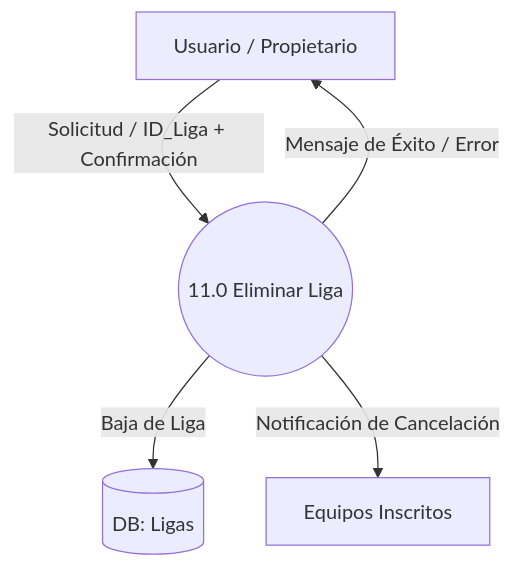
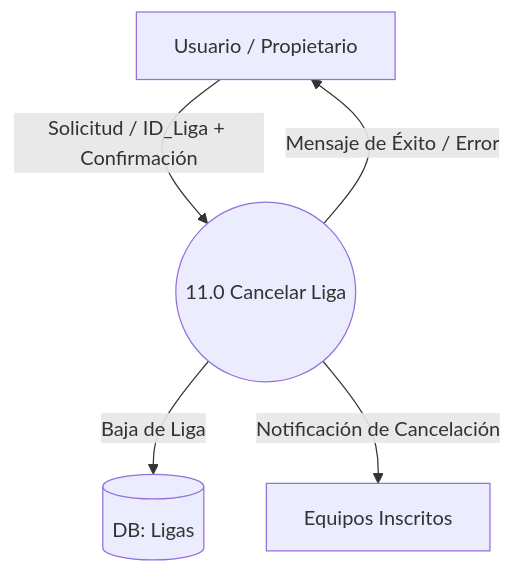
One commit to IngSoft1-IGC/ProyectDoc-Ing-Soft2026 changed the fourth of 4 diagrams in Use cases/CU_Emir.md. Above: the diagram before and after it, drawn with Mermaid. The commit also changed other lines of this file, not shown here.

````diff
--- a/Use cases/CU_Emir.md
+++ b/Use cases/CU_Emir.md
@@ -147,11 +144,11 @@
 ```mermaid
 graph TD
     U[Usuario / Propietario]
     E[Equipos Inscritos]
-    P((11.0 Eliminar Liga))
+    P((11.0 Cancelar Liga))
     D[(DB: Ligas)]
     U -->|Solicitud / ID_Liga + Confirmación| P
     P -->|Mensaje de Éxito / Error| U
     P -->|Baja de Liga| D
     P -->|Notificación de Cancelación| E
 ```
````
